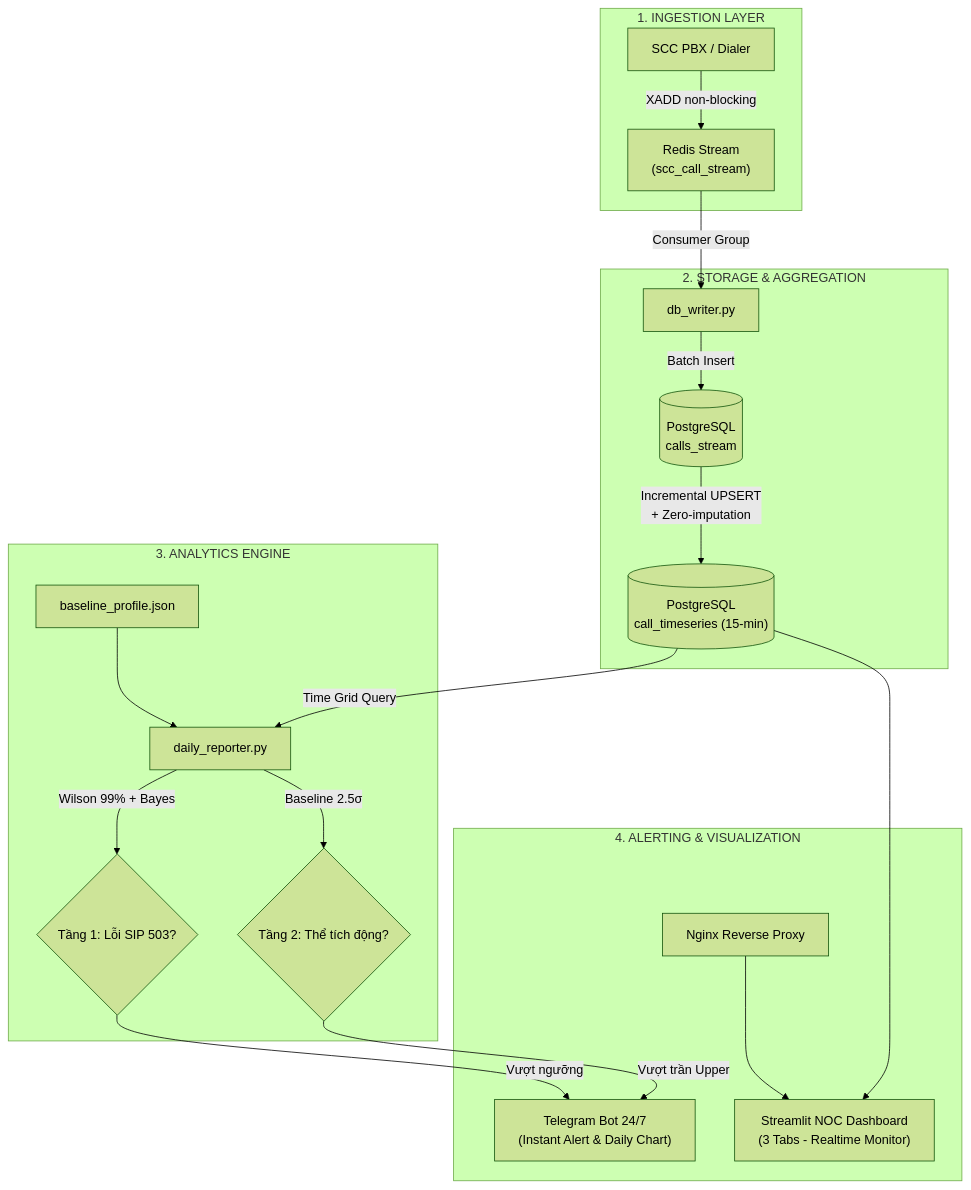
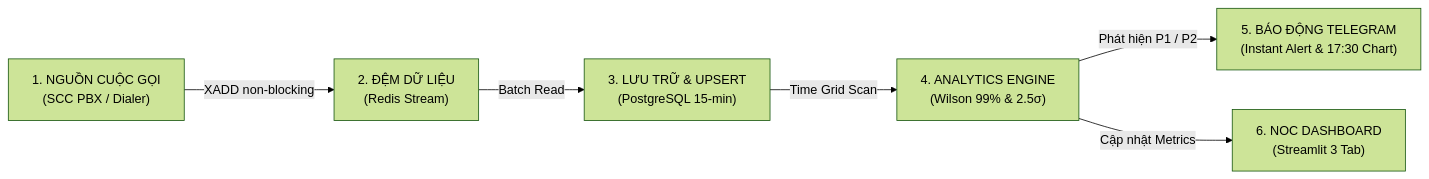
One commit to MinhTran110/scc-anomaly-detection changed the diagram in README.md. Above: the diagram before and after it, drawn with Mermaid (forest theme). The commit also changed other lines of this file and 3 other files, not shown here.

Commit message:
docs: Update README with components, libraries, workflow; remove spec docs from architecture

````diff
--- a/README.md
+++ b/README.md
@@ -43,26 +18,8 @@
 ```mermaid
-flowchart TD
-    subgraph S1["1. INGESTION LAYER"]
-        PBX["SCC PBX / Dialer"] -->|XADD non-blocking| REDIS["Redis Stream\n(scc_call_stream)"]
-    end
-
-    subgraph S2["2. STORAGE & AGGREGATION"]
-        REDIS -->|Consumer Group| WRITER["db_writer.py"]
-        WRITER -->|Batch Insert| RAW_DB[("PostgreSQL\ncalls_stream")]
-        RAW_DB -->|Incremental UPSERT\n+ Zero-imputation| TS_DB[("PostgreSQL\ncall_timeseries (15-min)")]
-    end
-
-    subgraph S3["3. ANALYTICS ENGINE"]
-        TS_DB -->|Time Grid Query| ENGINE["daily_reporter.py"]
-        PROFILE["baseline_profile.json"] --> ENGINE
-        ENGINE -->|Wilson 99% + Bayes| TIER1{"Tầng 1: Lỗi SIP 503?"}
-        ENGINE -->|Baseline 2.5σ| TIER2{"Tầng 2: Thể tích động?"}
-    end
-
-    subgraph S4["4. ALERTING & VISUALIZATION"]
-        TIER1 -->|Vượt ngưỡng| ALERT["Telegram Bot 24/7\n(Instant Alert & Daily Chart)"]
-        TIER2 -->|Vượt trần Upper| ALERT
-        TS_DB --> DASHBOARD["Streamlit NOC Dashboard\n(3 Tabs - Realtime Monitor)"]
-        NGINX["Nginx Reverse Proxy"] --> DASHBOARD
-    end
+flowchart LR
+    A["1. NGUỒN CUỘC GỌI\n(SCC PBX / Dialer)"] -->|XADD non-blocking| B["2. ĐỆM DỮ LIỆU\n(Redis Stream)"]
+    B -->|Batch Read| C["3. LƯU TRỮ & UPSERT\n(PostgreSQL 15-min)"]
+    C -->|Time Grid Scan| D["4. ANALYTICS ENGINE\n(Wilson 99% & 2.5σ)"]
+    D -->|Phát hiện P1 / P2| E["5. BÁO ĐỘNG TELEGRAM\n(Instant Alert & 17:30 Chart)"]
+    D -->|Cập nhật Metrics| F["6. NOC DASHBOARD\n(Streamlit 3 Tab)"]
 ```
````
